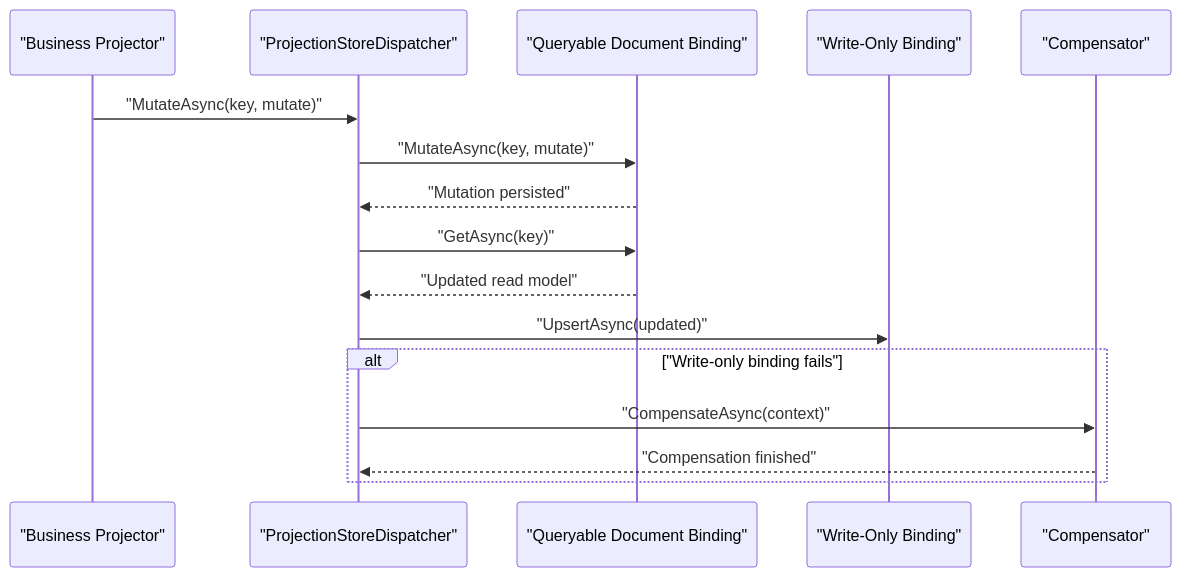
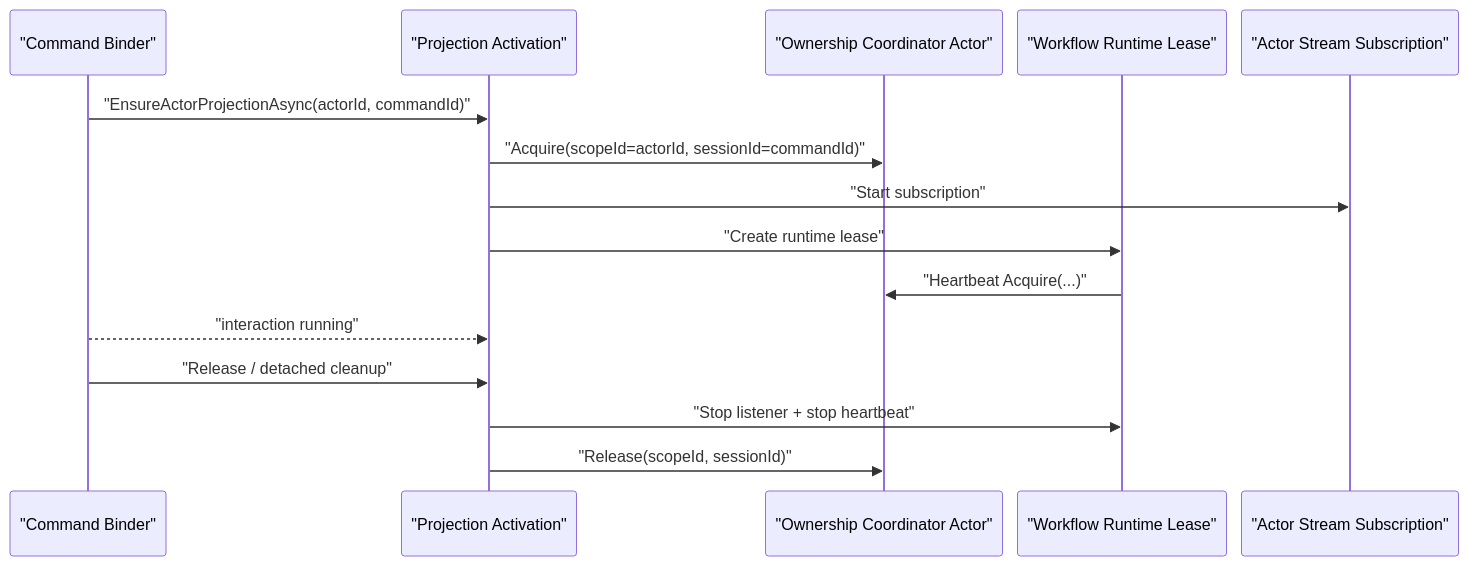
The second of 2 diagrams in docs/2026-03-15-cqrs-projection-readmodels-architecture.md (aevatarAI/aevatar), drawn with Mermaid before and after one commit. The commit also changed other lines of this file and 3 other files, not shown here.

First line of the commit message:
Enhance ReadModel Architecture with Snapshot Fact and Projection Guidelines

````diff
--- a/docs/2026-03-15-cqrs-projection-readmodels-architecture.md
+++ b/docs/2026-03-15-cqrs-projection-readmodels-architecture.md
@@ -701,20 +335,18 @@
 ```mermaid
-%%{init: {"maxTextSize": 100000, "flowchart": {"useMaxWidth": false, "nodeSpacing": 10, "rankSpacing": 50}, "themeVariables": {"fontSize": "10px"}}}%%
+%%{init: {"maxTextSize": 100000, "sequence": {"actorMargin": 15, "messageMargin": 8, "diagramMarginX": 10, "diagramMarginY": 10}, "themeVariables": {"fontSize": "10px"}}}%%
 sequenceDiagram
-  participant A as "Business Projector"
-  participant B as "ProjectionStoreDispatcher"
-  participant C as "Queryable Document Binding"
-  participant D as "Write-Only Binding"
-  participant E as "Compensator"
-
-  A->>B: "MutateAsync(key, mutate)"
-  B->>C: "MutateAsync(key, mutate)"
-  C-->>B: "Mutation persisted"
-  B->>C: "GetAsync(key)"
-  C-->>B: "Updated read model"
-  B->>D: "UpsertAsync(updated)"
-  alt "Write-only binding fails"
-    B->>E: "CompensateAsync(context)"
-    E-->>B: "Compensation finished"
-  end
+    participant C as "Command Binder"
+    participant A as "Projection Activation"
+    participant O as "Ownership Coordinator Actor"
+    participant L as "Workflow Runtime Lease"
+    participant S as "Actor Stream Subscription"
+    C->>A: "EnsureActorProjectionAsync(actorId, commandId)"
+    A->>O: "Acquire(scopeId=actorId, sessionId=commandId)"
+    A->>S: "Start subscription"
+    A->>L: "Create runtime lease"
+    L->>O: "Heartbeat Acquire(...)"
+    C-->>A: "interaction running"
+    C->>A: "Release / detached cleanup"
+    A->>L: "Stop listener + stop heartbeat"
+    A->>O: "Release(scopeId, sessionId)"
 ```
````
